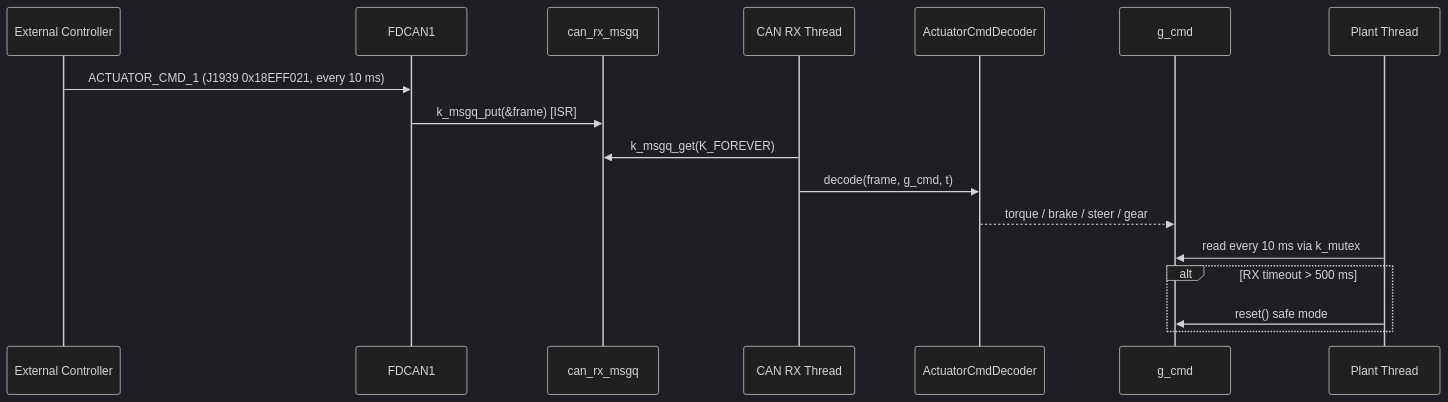
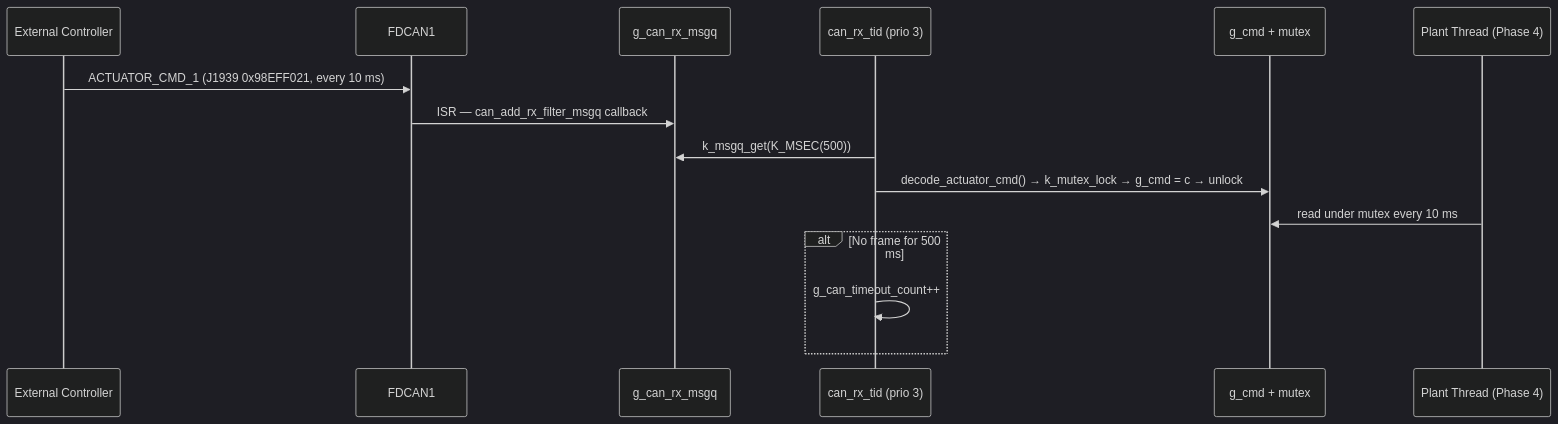
One commit to mtilocca/vehicle-Dynamics-Sim-Can changed the fourth of 7 diagrams in docs/zephyr/ZEPHYR_PORT.md. Above: the diagram before and after it, drawn with Mermaid (dark theme). The commit also changed other lines of this file and 8 other files, not shown here.

````diff
--- a/docs/zephyr/ZEPHYR_PORT.md
+++ b/docs/zephyr/ZEPHYR_PORT.md
@@ -419,20 +430,18 @@
 ```mermaid
 sequenceDiagram
     participant EC as External Controller
     participant F1 as FDCAN1
-    participant MQ as can_rx_msgq
-    participant RT as CAN RX Thread
-    participant AD as ActuatorCmdDecoder
-    participant CMD as g_cmd
-    participant PT as Plant Thread
+    participant MQ as g_can_rx_msgq
+    participant RT as can_rx_tid (prio 3)
+    participant CMD as g_cmd + mutex
+    participant PT as Plant Thread (Phase 4)
 
-    EC->>F1: ACTUATOR_CMD_1 (J1939 0x18EFF021, every 10 ms)
-    F1->>MQ: k_msgq_put(&frame) [ISR]
-    RT->>MQ: k_msgq_get(K_FOREVER)
-    RT->>AD: decode(frame, g_cmd, t)
-    AD-->>CMD: torque / brake / steer / gear
-    PT->>CMD: read every 10 ms via k_mutex
-    alt RX timeout > 500 ms
-        PT->>CMD: reset() safe mode
+    EC->>F1: ACTUATOR_CMD_1 (J1939 0x98EFF021, every 10 ms)
+    F1->>MQ: ISR — can_add_rx_filter_msgq callback
+    RT->>MQ: k_msgq_get(K_MSEC(500))
+    RT->>CMD: decode_actuator_cmd() → k_mutex_lock → g_cmd = c → unlock
+    PT->>CMD: read under mutex every 10 ms
+    alt No frame for 500 ms
+        RT->>RT: g_can_timeout_count++
     end
 ```
````
